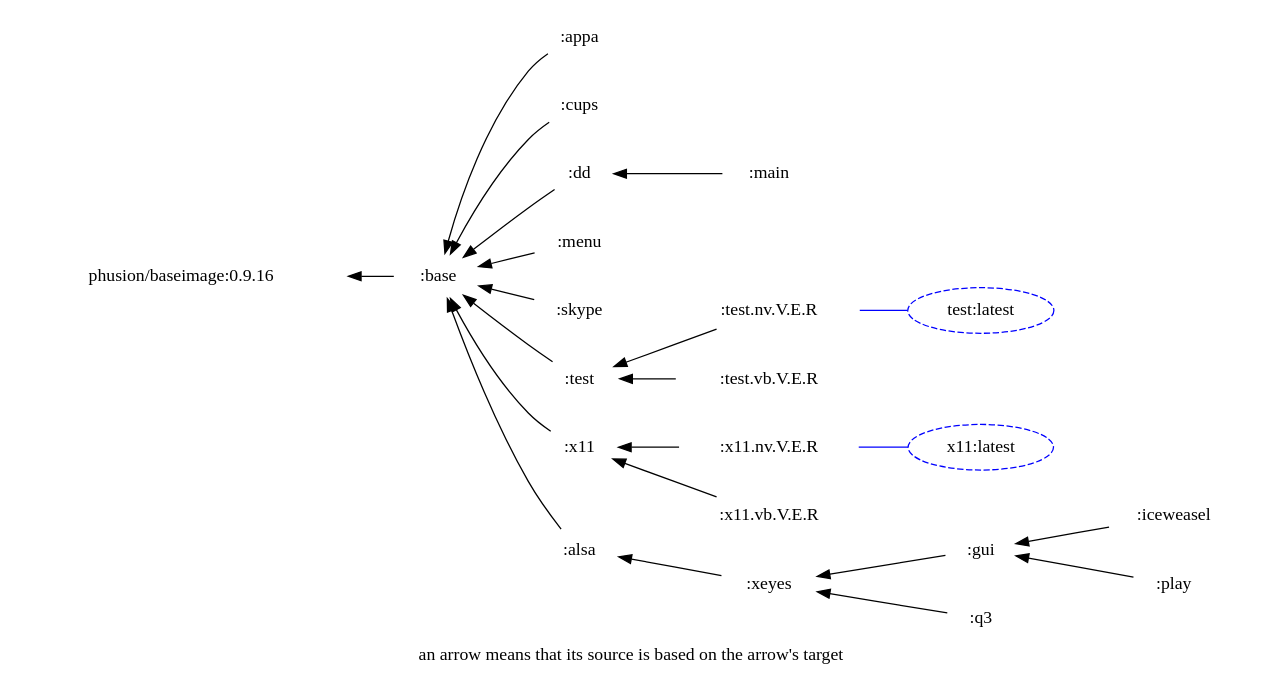
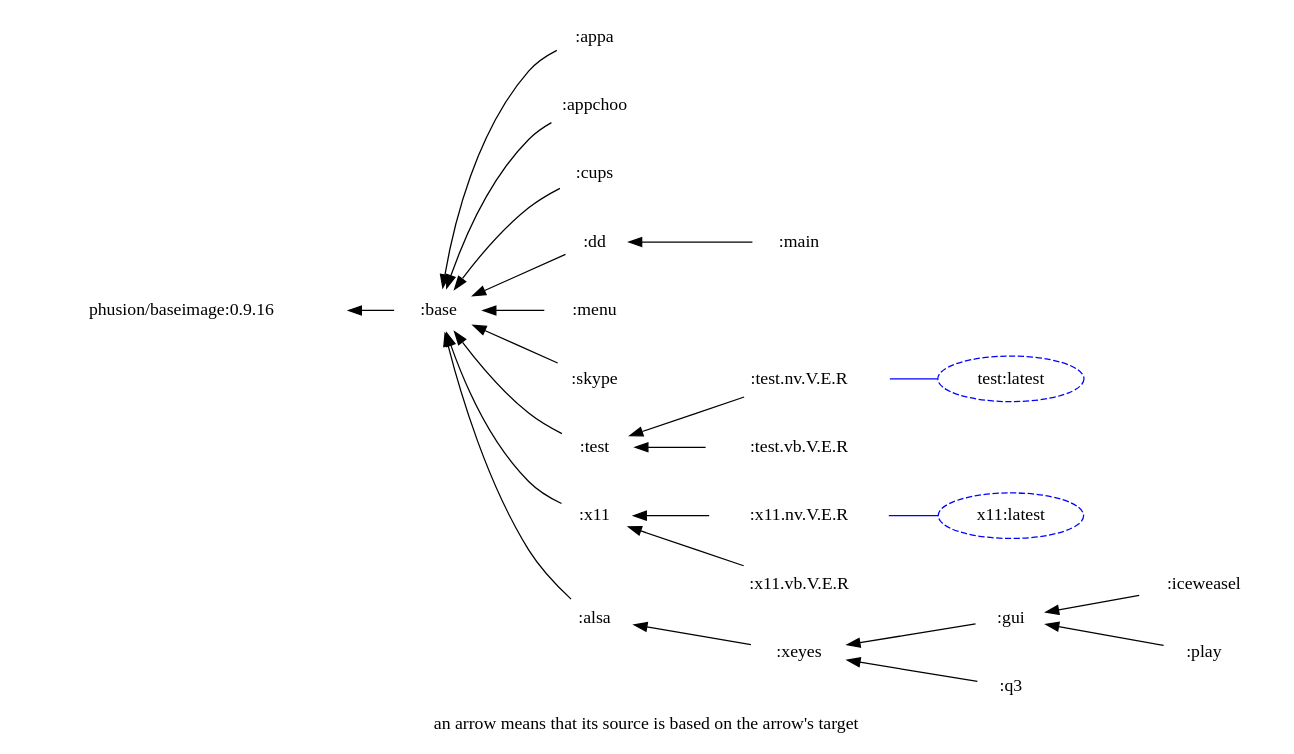
The diagram in deps.dot (hilbert/hilbert-docker-images), drawn with Graphviz before and after one commit. The commit also changed 26 other files, not shown here.

```diff
--- a/deps.dot
+++ b/deps.dot
@@ -1,25 +1,26 @@
 digraph deps{ graph [label="an arrow means that its source is based on the arrow's target", labelloc=b]; node [color=white]; rankdir = RL;
 ":alsa" -> ":base" ;
 ":appa" -> ":base" ;
+":appchoo" -> ":base" ;
 ":base" -> "phusion/baseimage:0.9.16" ;
 ":cups" -> ":base" ;
 ":dd" -> ":base" ;
 ":gui" -> ":xeyes" ;
 ":iceweasel" -> ":gui" ;
 ":main" -> ":dd" ;
 ":menu" -> ":base" ;
 ":play" -> ":gui" ;
 ":q3" -> ":xeyes" ;
 ":skype" -> ":base" ;
 ":test" -> ":base" ;
 ":x11" -> ":base" ;
 ":xeyes" -> ":alsa" ;
 ":x11.nv.V.E.R" -> ":x11" ;
 ":x11.vb.V.E.R" -> ":x11" ;
 ":test.nv.V.E.R" -> ":test" ;
 ":test.vb.V.E.R" -> ":test" ;
 "x11:latest" -> ":x11.nv.V.E.R" [dir=none color="blue" ] ;
 "test:latest" -> ":test.nv.V.E.R" [dir=none color="blue" ] ;
 "x11:latest" [color="blue" style="dashed"]; 
 "test:latest" [color="blue" style="dashed"]; 
 }
```
